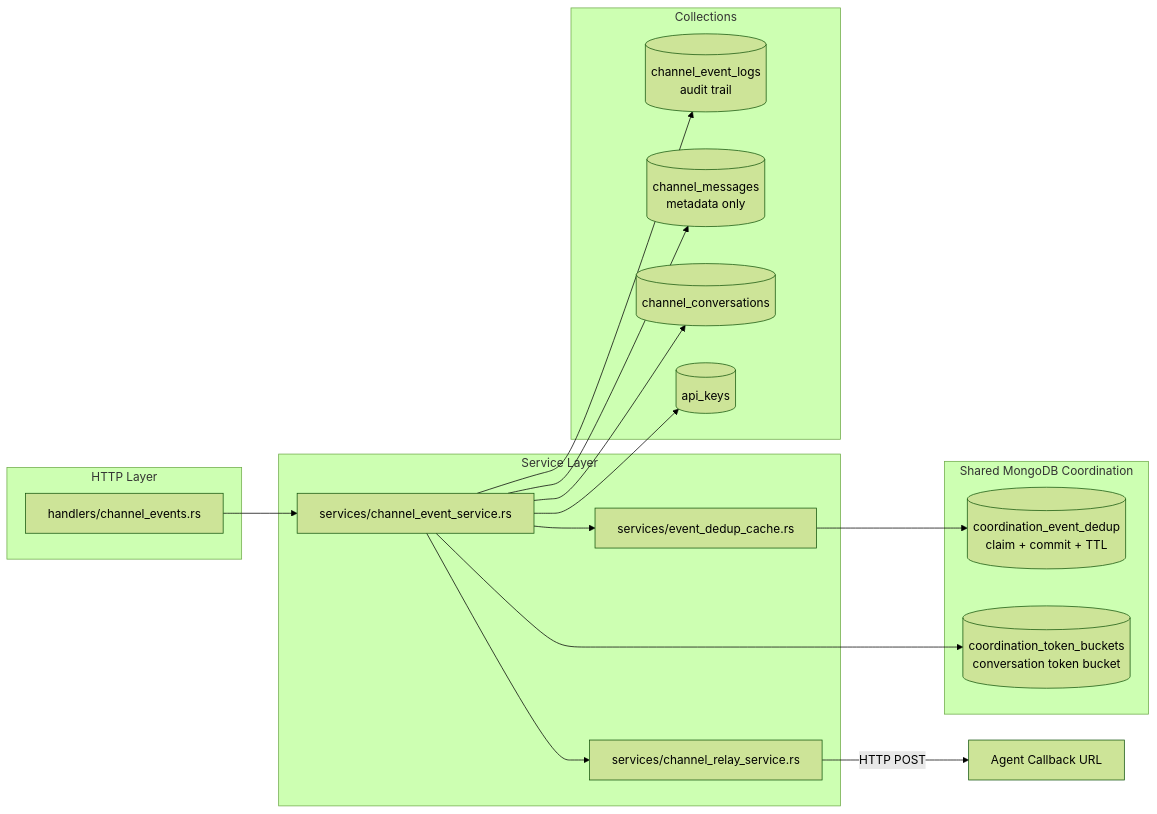
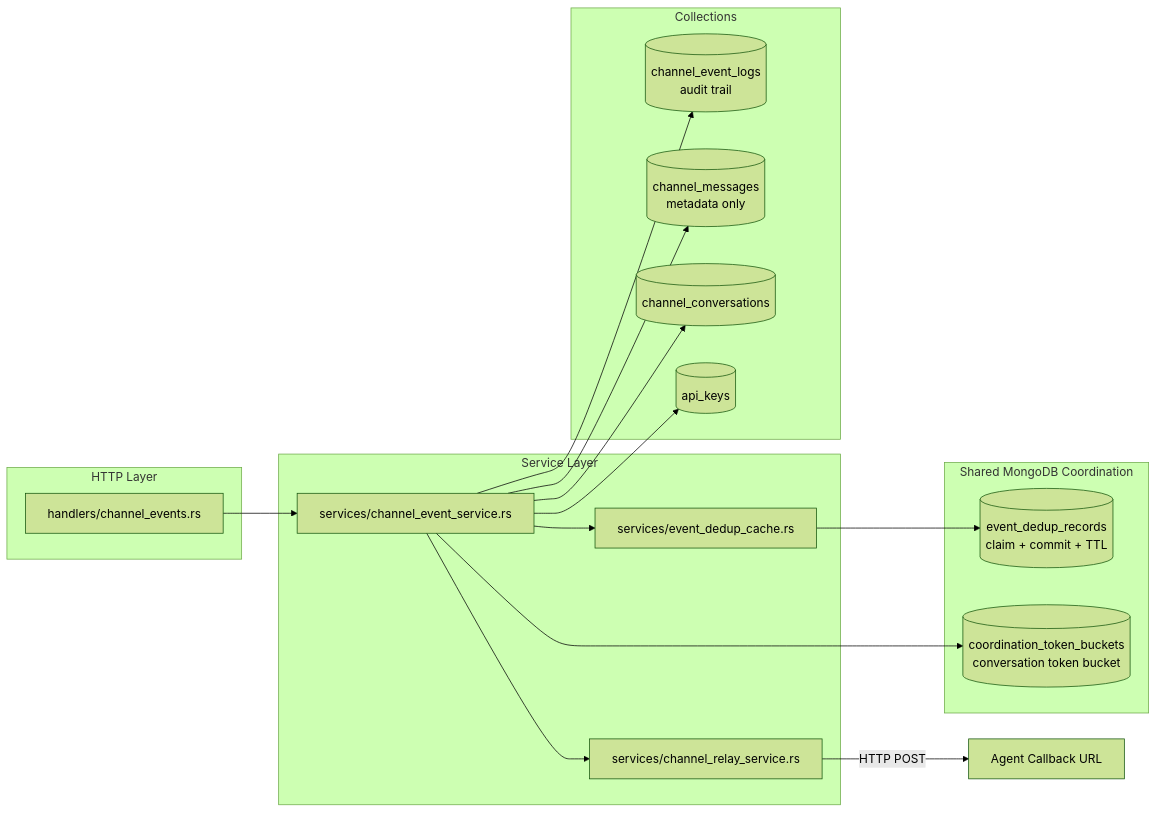
The third of 3 diagrams in docs/CHANNEL_EVENT_GATEWAY.md (ChronoAIProject/NyxID), drawn with Mermaid (forest theme) before and after one commit. The commit also changed other lines of this file and 9 other files, not shown here.

````diff
--- a/docs/CHANNEL_EVENT_GATEWAY.md
+++ b/docs/CHANNEL_EVENT_GATEWAY.md
@@ -108,35 +108,35 @@
 ```mermaid
 flowchart LR
     subgraph HTTP["HTTP Layer"]
         H[handlers/channel_events.rs]
     end
 
     subgraph Services["Service Layer"]
         ES[services/channel_event_service.rs]
         CRS[services/channel_relay_service.rs]
         DED[services/event_dedup_cache.rs]
     end
 
     subgraph State["Shared MongoDB Coordination"]
-        DSTORE[(coordination_event_dedup<br/>claim + commit + TTL)]
+        DSTORE[(event_dedup_records<br/>claim + commit + TTL)]
         PCL[(coordination_token_buckets<br/>conversation token bucket)]
     end
 
     subgraph Models["Collections"]
         CE[(channel_event_logs<br/>audit trail)]
         CM[(channel_messages<br/>metadata only)]
         CC[(channel_conversations)]
         AK[(api_keys)]
     end
 
     H --> ES
     ES --> DED
     DED --> DSTORE
     ES --> PCL
     ES --> CC
     ES --> AK
     ES --> CM
     ES --> CRS
     ES --> CE
     CRS -->|HTTP POST| Agent[Agent Callback URL]
 ```
````
